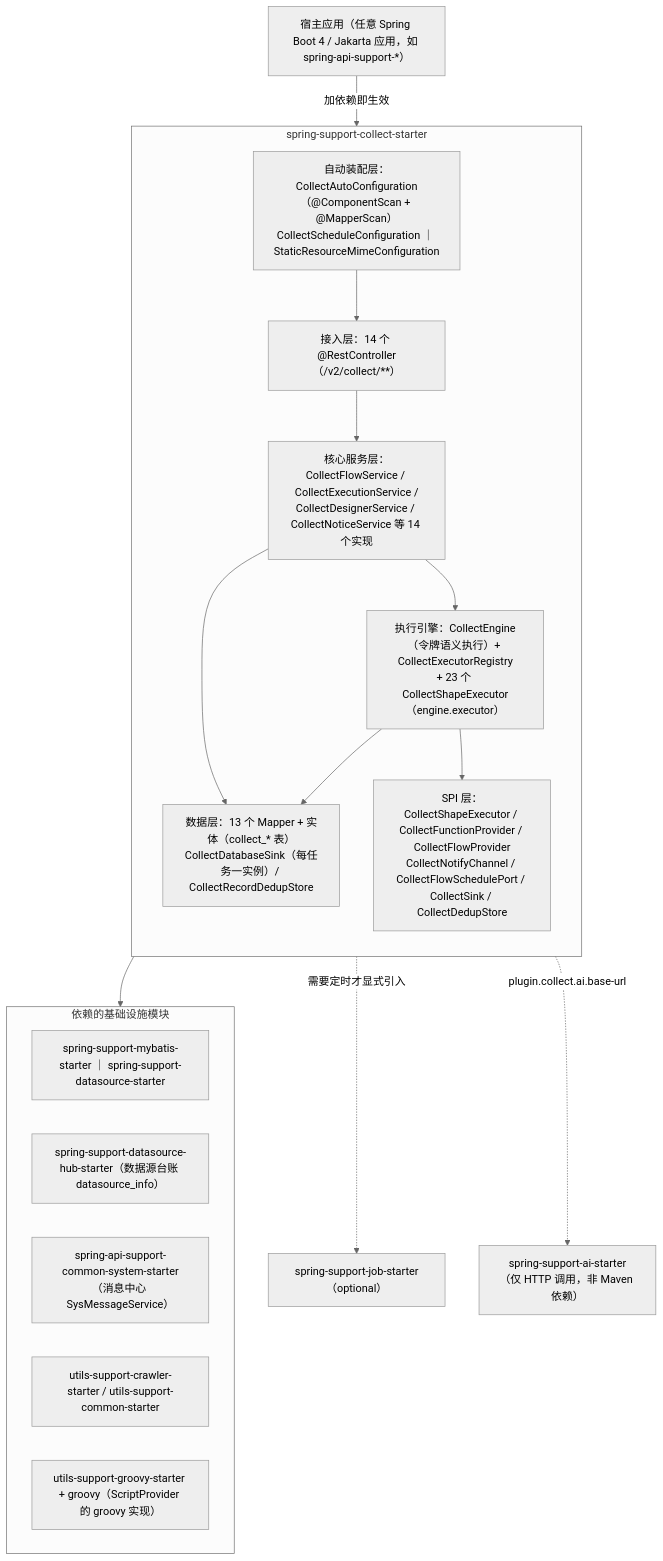
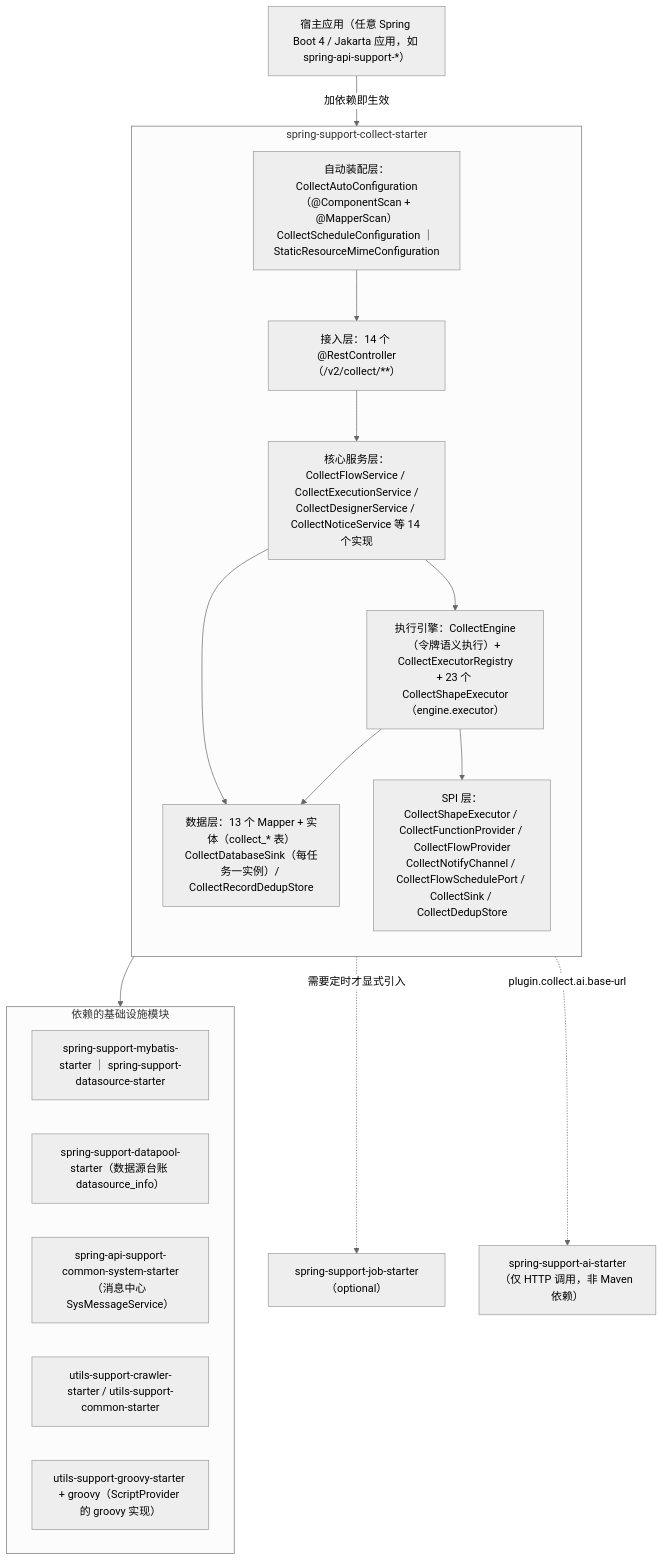
The first of 2 diagrams in spring-support-collect-starter/README.md (CHTK001/spring-support-parent-starter), drawn with Mermaid (neutral theme) before and after one commit. The commit also changed other lines of this file and 769 other files, not shown here.

````diff
--- a/spring-support-collect-starter/README.md
+++ b/spring-support-collect-starter/README.md
@@ -7,35 +7,35 @@
 ```mermaid
 flowchart TB
     APP["宿主应用（任意 Spring Boot 4 / Jakarta 应用，如 spring-api-support-*）"]
 
     subgraph COLLECT["spring-support-collect-starter"]
         direction TB
         CFG["自动装配层：CollectAutoConfiguration（@ComponentScan + @MapperScan）<br/>CollectScheduleConfiguration ｜ StaticResourceMimeConfiguration"]
         CTRL["接入层：14 个 @RestController（/v2/collect/**）"]
         SVC["核心服务层：CollectFlowService / CollectExecutionService /<br/>CollectDesignerService / CollectNoticeService 等 14 个实现"]
         ENG["执行引擎：CollectEngine（令牌语义执行）+ CollectExecutorRegistry<br/>+ 23 个 CollectShapeExecutor（engine.executor）"]
         SPI["SPI 层：CollectShapeExecutor / CollectFunctionProvider / CollectFlowProvider<br/>CollectNotifyChannel / CollectFlowSchedulePort / CollectSink / CollectDedupStore"]
         DAL["数据层：13 个 Mapper + 实体（collect_* 表）<br/>CollectDatabaseSink（每任务一实例）/ CollectRecordDedupStore"]
         CFG --> CTRL --> SVC
         SVC --> ENG
         SVC --> DAL
         ENG --> SPI
         ENG --> DAL
     end
 
     subgraph BASE["依赖的基础设施模块"]
         MYB["spring-support-mybatis-starter ｜ spring-support-datasource-starter"]
-        DH["spring-support-datasource-hub-starter（数据源台账 datasource_info）"]
+        DH["spring-support-datapool-starter（数据源台账 datasource_info）"]
         CS["spring-api-support-common-system-starter（消息中心 SysMessageService）"]
         CR["utils-support-crawler-starter / utils-support-common-starter"]
         GR["utils-support-groovy-starter + groovy（ScriptProvider 的 groovy 实现）"]
     end
 
     JOB["spring-support-job-starter（optional）"]
     AI["spring-support-ai-starter（仅 HTTP 调用，非 Maven 依赖）"]
 
     APP -->|"加依赖即生效"| COLLECT
     COLLECT --> BASE
     COLLECT -.->|"需要定时才显式引入"| JOB
     COLLECT -.->|"plugin.collect.ai.base-url"| AI
 ```
````
